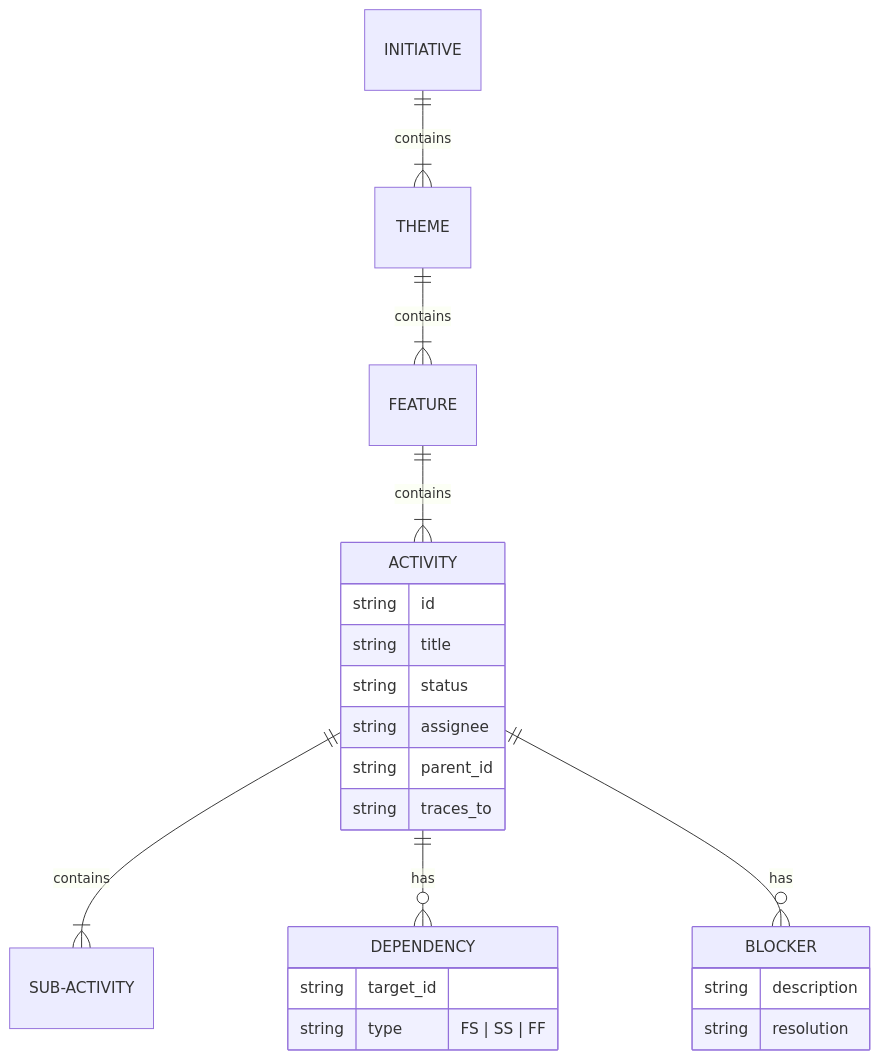
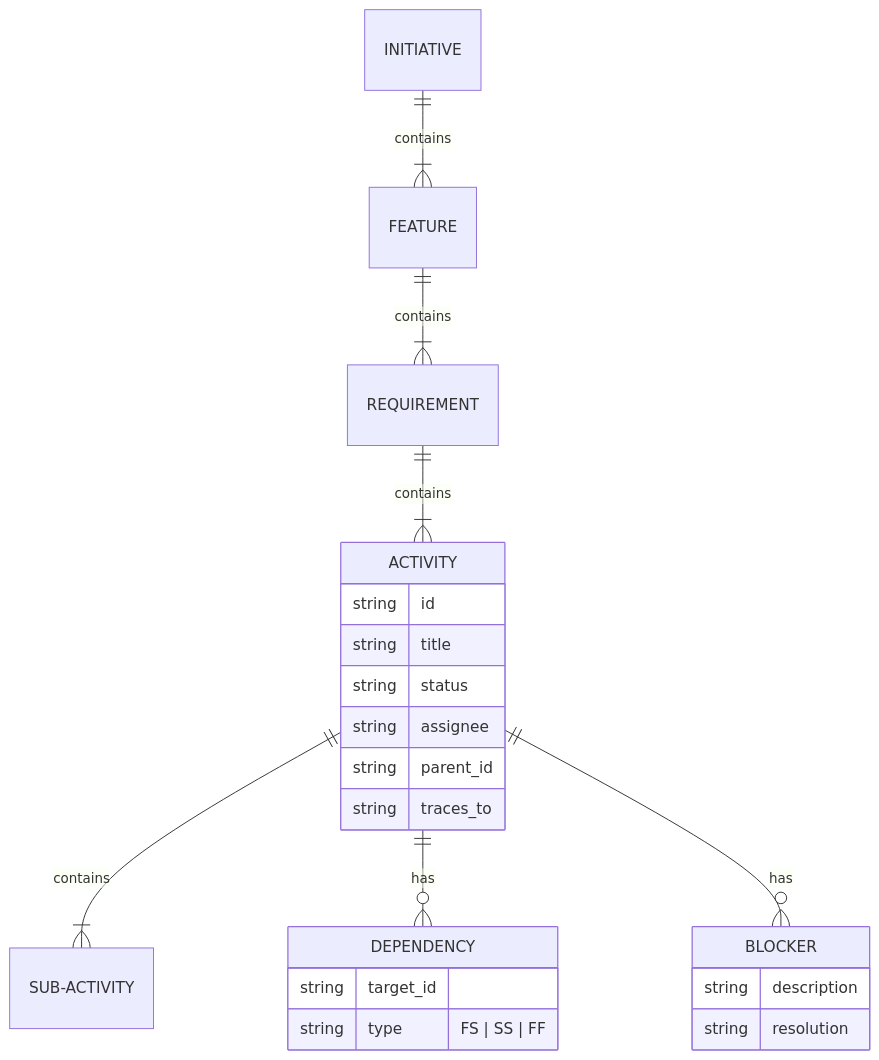
The first of 5 diagrams in docs/planning/artifacts/work-items.md (virgenherrera/idea-to-mvp), drawn with Mermaid before and after one commit. The commit also changed 20 other files, not shown here.

````diff
--- a/docs/planning/artifacts/work-items.md
+++ b/docs/planning/artifacts/work-items.md
@@ -112,25 +112,25 @@
 ```mermaid
 erDiagram
-    INITIATIVE ||--|{ THEME : contains
-    THEME ||--|{ FEATURE : contains
-    FEATURE ||--|{ ACTIVITY : contains
+    INITIATIVE ||--|{ FEATURE : contains
+    FEATURE ||--|{ REQUIREMENT : contains
+    REQUIREMENT ||--|{ ACTIVITY : contains
     ACTIVITY ||--|{ SUB-ACTIVITY : contains
     ACTIVITY {
         string id
         string title
         string status
         string assignee
         string parent_id
         string traces_to
     }
     ACTIVITY ||--o{ DEPENDENCY : has
     DEPENDENCY {
         string target_id
         string type "FS | SS | FF"
     }
     ACTIVITY ||--o{ BLOCKER : has
     BLOCKER {
         string description
         string resolution
     }
 ```
````
